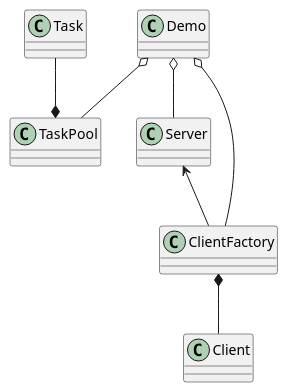
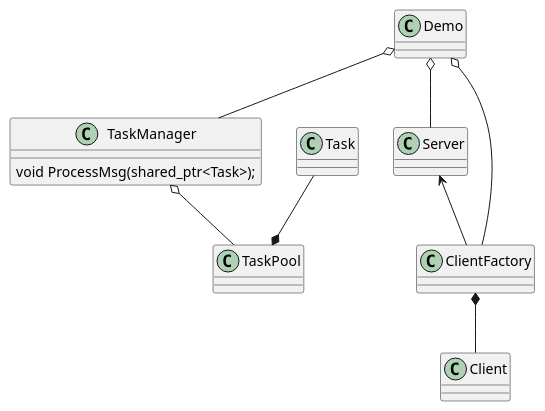
The diagram in src/DemoApp/design/readme.md (ZeroOf/cpp_practice), drawn with PlantUML before and after one commit. The commit also changed other lines of this file and 9 other files, not shown here.

````diff
--- a/src/DemoApp/design/readme.md
+++ b/src/DemoApp/design/readme.md
@@ -8,16 +9,20 @@
 ```plantuml
 @startuml
 class Demo
+class TaskManager {
+    void ProcessMsg(shared_ptr<Task>);
+}
 class TaskPool
 class Task
 Task --* TaskPool
 class Server
 class Client
 class ClientFactory
 ClientFactory *-- Client
 Demo o-- ClientFactory
 Demo o-- Server
-Demo o-- TaskPool
+TaskManager o-- TaskPool
+Demo o-- TaskManager
 Server <-- ClientFactory
 @enduml
 ```
````
